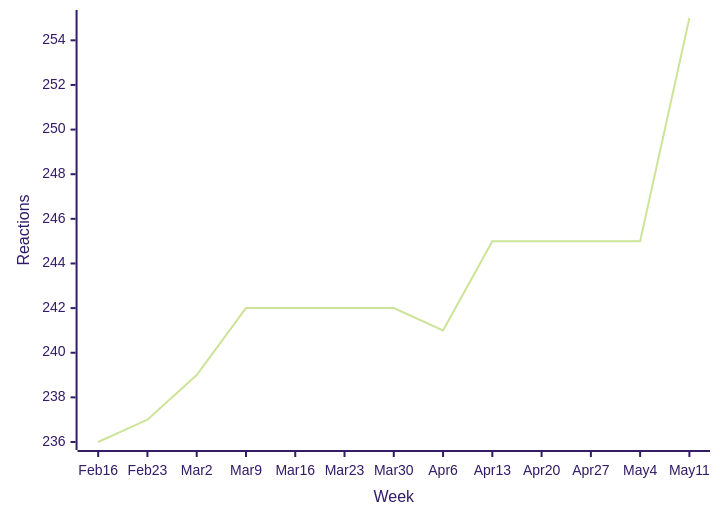
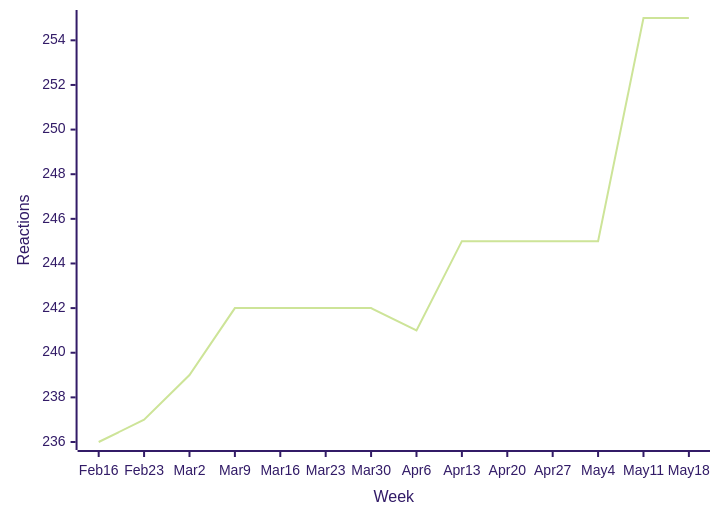
The seventh of 49 diagrams in README.md (loic-sharma/github-insights), drawn with Mermaid (forest theme) before and after one commit. The commit also changed other lines of this file and 3 other files, not shown here.

````diff
--- a/README.md
+++ b/README.md
@@ -441,6 +441,6 @@
   ```mermaid
   xychart-beta
-    x-axis "Week" [Feb 16, Feb 23, Mar 2, Mar 9, Mar 16, Mar 23, Mar 30, Apr 6, Apr 13, Apr 20, Apr 27, May 4, May 11]
+    x-axis "Week" [Feb 16, Feb 23, Mar 2, Mar 9, Mar 16, Mar 23, Mar 30, Apr 6, Apr 13, Apr 20, Apr 27, May 4, May 11, May 18]
     y-axis "Reactions"
-    line [236, 237, 239, 242, 242, 242, 242, 241, 245, 245, 245, 245, 255]
+    line [236, 237, 239, 242, 242, 242, 242, 241, 245, 245, 245, 245, 255, 255]
   ```
````
